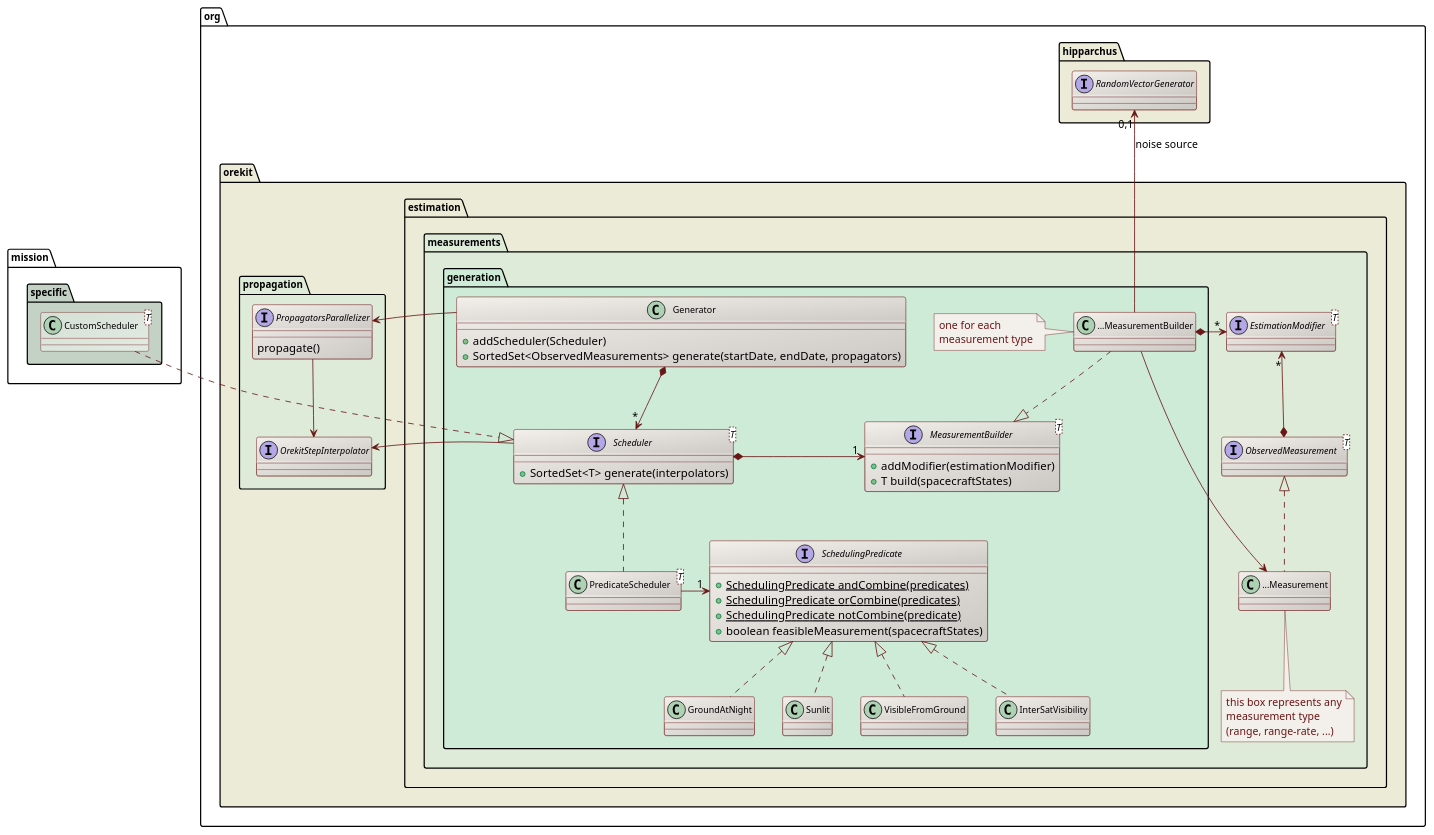
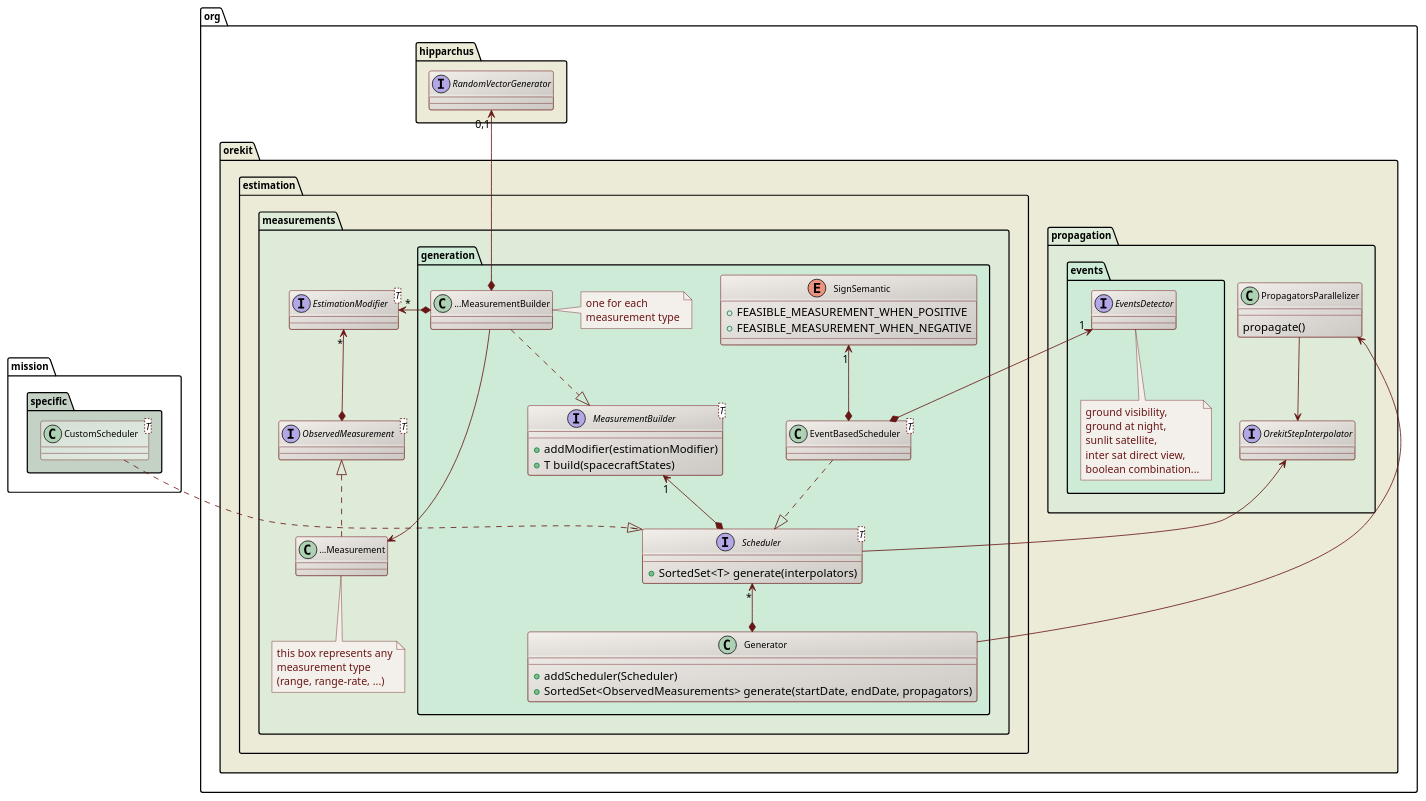
The diagram in src/design/measurements-generation-class-diagram.puml (CS-SI/Orekit), drawn with PlantUML before and after one commit. The commit also changed 7 other files, not shown here.

Commit message:
Changed design to use events detectors instead of predicate scheduler.

```diff
--- a/src/design/measurements-generation-class-diagram.puml
+++ b/src/design/measurements-generation-class-diagram.puml
@@ -17,99 +17,105 @@
 @startuml
 
   skinparam svek                  true
   skinparam ClassBackgroundColor  #F3EFEB/CCC9C5
   skinparam ClassArrowColor       #691616
   skinparam ClassBorderColor      #691616
   skinparam NoteBackgroundColor   #F3EFEB
   skinparam NoteBorderColor       #691616
   skinparam NoteFontColor         #691616
   skinparam ClassFontSize         11
   skinparam PackageFontSize       12
 
   package org.hipparchus #ECEBD8 {
       interface RandomVectorGenerator
   }
 
   package org.orekit #ECEBD8 {
 
     package estimation.measurements #DDEBD8 {
 
       package generation #CEEBD8 {
 
         interface "MeasurementBuilder<T>" as MeasurementBuilder_T_ {
           +addModifier(estimationModifier)
           +T build(spacecraftStates)
          }
 
         class "...MeasurementBuilder" as XXXMeasurementBuilder
-        note left
+        note right
           one for each
           measurement type
         end note
 
         class Generator {
           +addScheduler(Scheduler)
           +SortedSet<ObservedMeasurements> generate(startDate, endDate, propagators)
         }
 
+        enum SignSemantic {
+          +FEASIBLE_MEASUREMENT_WHEN_POSITIVE
+          +FEASIBLE_MEASUREMENT_WHEN_NEGATIVE
+        }
+        class "EventBasedScheduler<T>" as EventBasedScheduler_T_
+
         interface "Scheduler<T>" as Scheduler_T_ {
           +SortedSet<T> generate(interpolators)
         }
 
-        class "PredicateScheduler<T>" as PredicateScheduler_T_
-
-        interface SchedulingPredicate {
-          {static} +SchedulingPredicate andCombine(predicates)
-          {static} +SchedulingPredicate orCombine(predicates)
-          {static} +SchedulingPredicate notCombine(predicate)
-          +boolean feasibleMeasurement(spacecraftStates)
-        }
 
         XXXMeasurementBuilder       ..|>          MeasurementBuilder_T_
-        Generator                   *--> "*"      Scheduler_T_
-        Scheduler_T_                *-right-> "1" MeasurementBuilder_T_
-        RandomVectorGenerator "0,1" <--           XXXMeasurementBuilder : noise source
-        Scheduler_T_                <|..          PredicateScheduler_T_
-        PredicateScheduler_T_       -right-> "1"  SchedulingPredicate
-        SchedulingPredicate         <|..          VisibleFromGround  
-        SchedulingPredicate         <|..          InterSatVisibility
-        SchedulingPredicate         <|..          GroundAtNight  
-        SchedulingPredicate         <|..          Sunlit  
-
+        Scheduler_T_ "*" <--* Generator
+        MeasurementBuilder_T_ "1" <--* Scheduler_T_
+        XXXMeasurementBuilder       *-up-> "0,1"    RandomVectorGenerator
+        SignSemantic "1" <--* EventBasedScheduler_T_
+        EventBasedScheduler_T_ ..|> Scheduler_T_
+  
       }
 
       interface "EstimationModifier<T>" as EstimationModifier_T_
       interface "ObservedMeasurement<T>" as ObservedMeasurement_T_
       class "...Measurement" as XXXMeasurement
       note bottom
         this box represents any
         measurement type
         (range, range-rate, ...)
       end note
 
  
       EstimationModifier_T_  "*" <--*          ObservedMeasurement_T_ 
       ObservedMeasurement_T_     <|..          XXXMeasurement
       XXXMeasurementBuilder       -->          XXXMeasurement
       XXXMeasurementBuilder     *-right->  "*" EstimationModifier_T_ 
 
     }
 
-   package propagation #DDEBD8 {
-      interface PropagatorsParallelizer {
+
+    package propagation #DDEBD8 {
+      package events #CEEBD8 {
+        interface EventsDetector
+        note bottom
+          ground visibility,
+          ground at night,
+          sunlit satellite,
+          inter sat direct view,
+          boolean combination...
+        end note
+      }
+      EventsDetector "1" <--* EventBasedScheduler_T_
+      class PropagatorsParallelizer {
         propagate()
       }
       interface OrekitStepInterpolator
-      PropagatorsParallelizer <-left- Generator
-      PropagatorsParallelizer -->     OrekitStepInterpolator
-      OrekitStepInterpolator  <-left- Scheduler_T_
+      PropagatorsParallelizer --> OrekitStepInterpolator
+      OrekitStepInterpolator <-- Scheduler_T_
+      PropagatorsParallelizer <-- Generator
     }
 
   }
 
   package mission.specific #C4D2C5 {
     class "CustomScheduler<T>" as CustomScheduler_T_ #D5E0D5/E2EBE2
-    CustomScheduler_T_ ..|> Scheduler_T_
+    Scheduler_T_ <|.up. CustomScheduler_T_
   }
 
 @enduml
```
